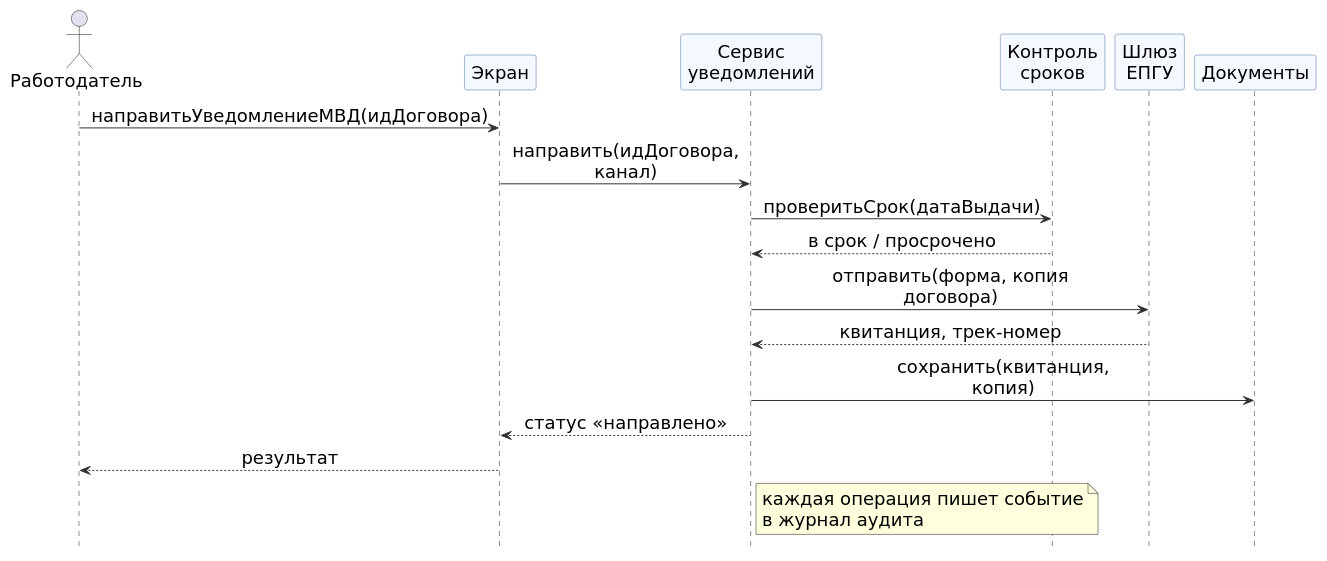
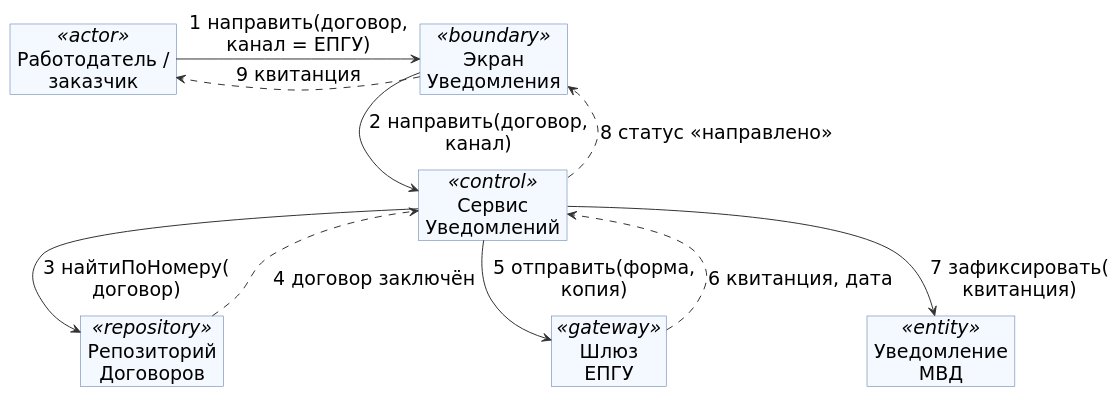
The diagram in tsu/5sem/Функциональное моделирование систем/_архив/книга/src/l4-op6.puml (mflkee/study), drawn with PlantUML before and after one commit. The commit also changed 2622 other files, not shown here.

Commit message:
ФМС: отчёт/слайды/книжка/речь/шпаргалка под ядро темы 7, 23 диаграммы, скрипты сборки

```diff
--- a/tsu/5sem/Функциональное моделирование систем/_архив/книга/src/l4-op6.puml
+++ b/tsu/5sem/Функциональное моделирование систем/_архив/книга/src/l4-op6.puml
@@ -1,33 +1,33 @@
 @startuml
-' Внутреннее взаимодействие для операции 6 (лаб. 4) — вместо плотной диаграммы коммуникаций
+' Диаграмма коммуникаций: операция 6 «направитьУведомлениеМВД» (лаб. 4)
+' Актёр показан объектом со стереотипом <<actor>> — PlantUML не смешивает actor и object.
 skinparam defaultFontName "DejaVu Sans"
 skinparam shadowing false
-skinparam defaultFontSize 18
-skinparam sequenceMessageAlign center
+skinparam defaultFontSize 19
 skinparam ArrowColor #333333
-skinparam ParticipantBackgroundColor #F4F8FF
-skinparam ParticipantBorderColor #4A6FA5
-skinparam maxMessageSize 240
-hide footbox
+skinparam nodesep 24
+skinparam ranksep 30
+skinparam object {
+  BackgroundColor #F4F8FF
+  BorderColor #4A6FA5
+}
+hide empty members
+top to bottom direction
 
-actor "Работодатель" as RAB
-participant "Экран" as UI
-participant "Сервис\nуведомлений" as SVC
-participant "Контроль\nсроков" as DEAD
-participant "Шлюз\nЕПГУ" as GW
-participant "Документы" as DOC
+object "Работодатель /\nзаказчик" as RAB <<actor>>
+object "Экран\nУведомления" as UI <<boundary>>
+object "Сервис\nУведомлений" as SVC <<control>>
+object "Репозиторий\nДоговоров" as REPO <<repository>>
+object "Шлюз\nЕПГУ" as GW <<gateway>>
+object "Уведомление\nМВД" as UV <<entity>>
 
-RAB -> UI : направитьУведомлениеМВД(идДоговора)
-UI -> SVC : направить(идДоговора, канал)
-SVC -> DEAD : проверитьСрок(датаВыдачи)
-DEAD --> SVC : в срок / просрочено
-SVC -> GW : отправить(форма, копия договора)
-GW --> SVC : квитанция, трек-номер
-SVC -> DOC : сохранить(квитанция, копия)
-SVC --> UI : статус «направлено»
-UI --> RAB : результат
-note right of SVC
-  каждая операция пишет событие
-  в журнал аудита
-end note
+RAB -right-> UI : 1 направить(договор,\nканал = ЕПГУ)
+UI --> SVC : 2 направить(договор,\nканал)
+SVC --> REPO : 3 найтиПоНомеру(\nдоговор)
+REPO ..> SVC : 4 договор заключён
+SVC --> GW : 5 отправить(форма,\nкопия)
+GW ..> SVC : 6 квитанция, дата
+SVC --> UV : 7 зафиксировать(\nквитанция)
+SVC ..> UI : 8 статус «направлено»
+UI ..> RAB : 9 квитанция
 @enduml
```
